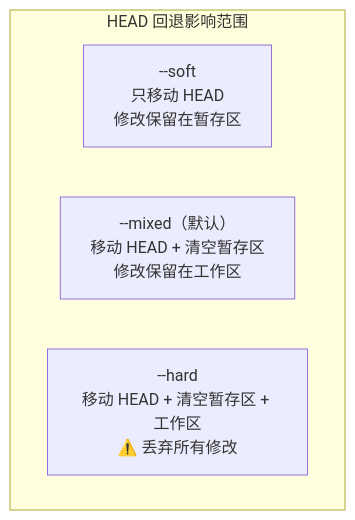
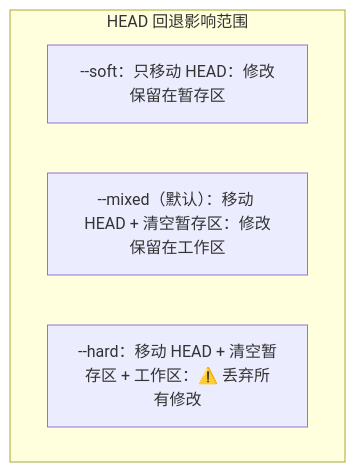
The third of 22 diagrams in GitLab-完整使用指南.md (zerioo1970/summary), drawn with Mermaid before and after one commit. The commit also changed other lines of this file, not shown here.

Commit message:
docs: 提升 Mermaid 兼容性（flowchart→graph, <br/>→单行），适配旧版渲染器

````diff
--- a/GitLab-完整使用指南.md
+++ b/GitLab-完整使用指南.md
@@ -608,8 +608,8 @@
 ```mermaid
-flowchart TD
+graph TD
     subgraph HEAD 回退影响范围
-        soft["--soft<br/>只移动 HEAD<br/>修改保留在暂存区"]
-        mixed["--mixed（默认）<br/>移动 HEAD + 清空暂存区<br/>修改保留在工作区"]
-        hard["--hard<br/>移动 HEAD + 清空暂存区 + 工作区<br/>⚠️ 丢弃所有修改"]
+        soft["--soft：只移动 HEAD：修改保留在暂存区"]
+        mixed["--mixed（默认）：移动 HEAD + 清空暂存区：修改保留在工作区"]
+        hard["--hard：移动 HEAD + 清空暂存区 + 工作区：⚠️ 丢弃所有修改"]
     end
 ```
````
